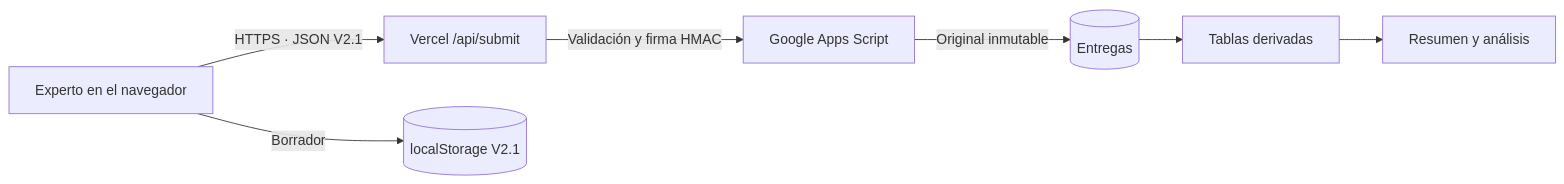
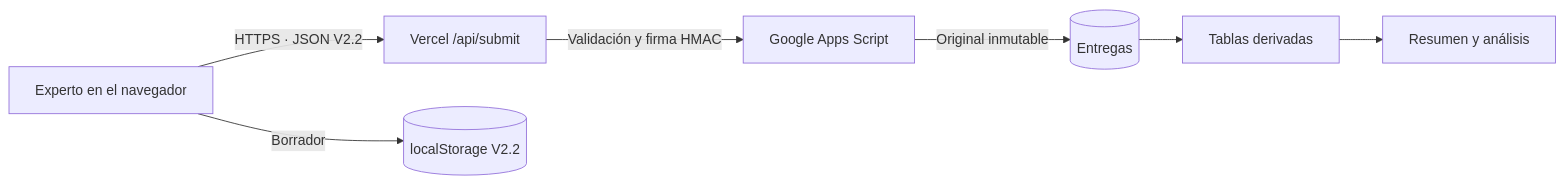
The diagram in docs/ARQUITECTURA-Y-OPERACION.md (goncazasa/diagnostico-startup), drawn with Mermaid before and after one commit. The commit also changed other lines of this file and 24 other files, not shown here.

````diff
--- a/docs/ARQUITECTURA-Y-OPERACION.md
+++ b/docs/ARQUITECTURA-Y-OPERACION.md
@@ -5,9 +5,9 @@
 ```mermaid
 flowchart LR
-    E[Experto en el navegador] -->|HTTPS · JSON V2.1| V[Vercel /api/submit]
+    E[Experto en el navegador] -->|HTTPS · JSON V2.2| V[Vercel /api/submit]
     V -->|Validación y firma HMAC| G[Google Apps Script]
     G -->|Original inmutable| A[(Entregas)]
     A --> R[Tablas derivadas]
     R --> S[Resumen y análisis]
-    E -->|Borrador| L[(localStorage V2.1)]
+    E -->|Borrador| L[(localStorage V2.2)]
 ```
````
